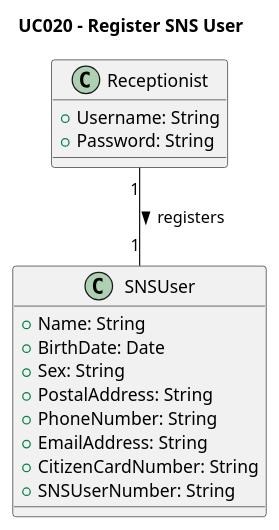
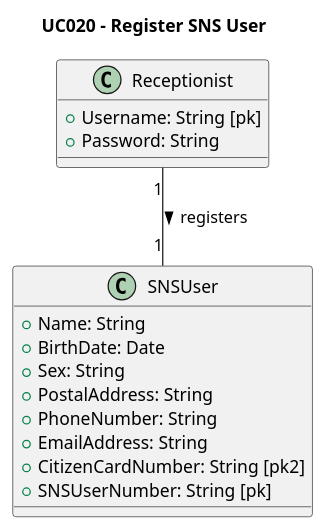
One commit to rafaafig/SnsTrab changed the diagram in sns-base/doc/global/use-cases/UC020/ucd-UCD020.puml. Above: the diagram before and after it, drawn with PlantUML. The commit also changed 10 other files, not shown here.

Commit message:
modelo logico nos diagramas dos casos

```diff
--- a/sns-base/doc/global/use-cases/UC020/ucd-UCD020.puml
+++ b/sns-base/doc/global/use-cases/UC020/ucd-UCD020.puml
@@ -1,26 +1,26 @@
 @startuml
 skinparam monochrome false
 skinparam shadowing false
 
 title UC020 - Register SNS User
 
 class Receptionist {
-    +Username: String
+    +Username: String [pk]
     +Password: String
 }
 
 class SNSUser {
     +Name: String
     +BirthDate: Date
     +Sex: String
     +PostalAddress: String
     +PhoneNumber: String
     +EmailAddress: String
-    +CitizenCardNumber: String
-    +SNSUserNumber: String
+    +CitizenCardNumber: String [pk2]
+    +SNSUserNumber: String [pk]
 }
 
 ' Relationships
 Receptionist "1" -- "1" SNSUser : registers >
 
 @enduml
```
